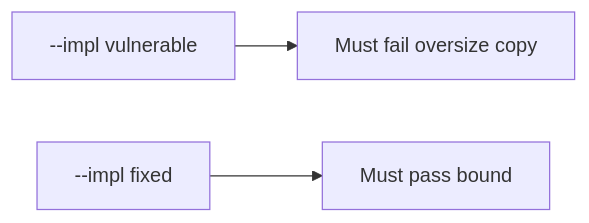
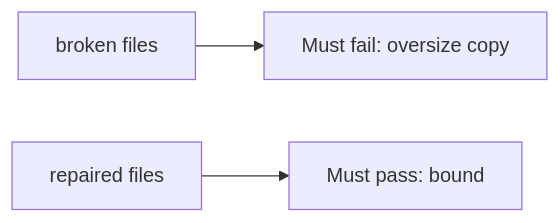
Before and after one commit to ishitvagoel/LearnSecurity: the diagram in content/modules/e/E4/lessons/05-verify.md, drawn with Mermaid. The commit also changed other lines of this file and 55 other files, not shown here.

````diff
--- a/content/modules/e/E4/lessons/05-verify.md
+++ b/content/modules/e/E4/lessons/05-verify.md
@@ -15,5 +14,5 @@
 ```mermaid
 flowchart LR
-  V["--impl vulnerable"] --> F["Must fail oversize copy"]
-  X["--impl fixed"] --> P["Must pass bound"]
+  V["broken files"] --> F["Must fail: oversize copy"]
+  X["repaired files"] --> P["Must pass: bound"]
 ```
````
